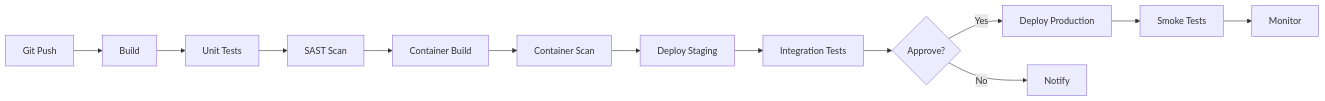
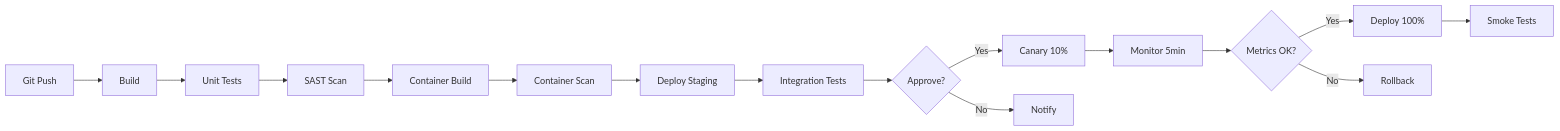
One commit to apexdataro-Fin/AEP changed the first of 2 diagrams in docs/lessons/15-cicd/01-cicd-pipelines.md. Above: the diagram before and after it, drawn with Mermaid. The commit also changed other lines of this file and 7 other files, not shown here.

````diff
--- a/docs/lessons/15-cicd/01-cicd-pipelines.md
+++ b/docs/lessons/15-cicd/01-cicd-pipelines.md
@@ -21,15 +38,18 @@
 ```mermaid
 graph LR
     A[Git Push] --> B[Build]
     B --> C[Unit Tests]
     C --> D[SAST Scan]
     D --> E[Container Build]
     E --> F[Container Scan]
     F --> G[Deploy Staging]
     G --> H[Integration Tests]
     H --> I{Approve?}
-    I -->|Yes| J[Deploy Production]
-    I -->|No| K[Notify]
-    J --> L[Smoke Tests]
-    L --> M[Monitor]
+    I -->|Yes| J[Canary 10%]
+    J --> K[Monitor 5min]
+    K --> L{Metrics OK?}
+    L -->|Yes| M[Deploy 100%]
+    L -->|No| N[Rollback]
+    I -->|No| O[Notify]
+    M --> P[Smoke Tests]
 ```
````
